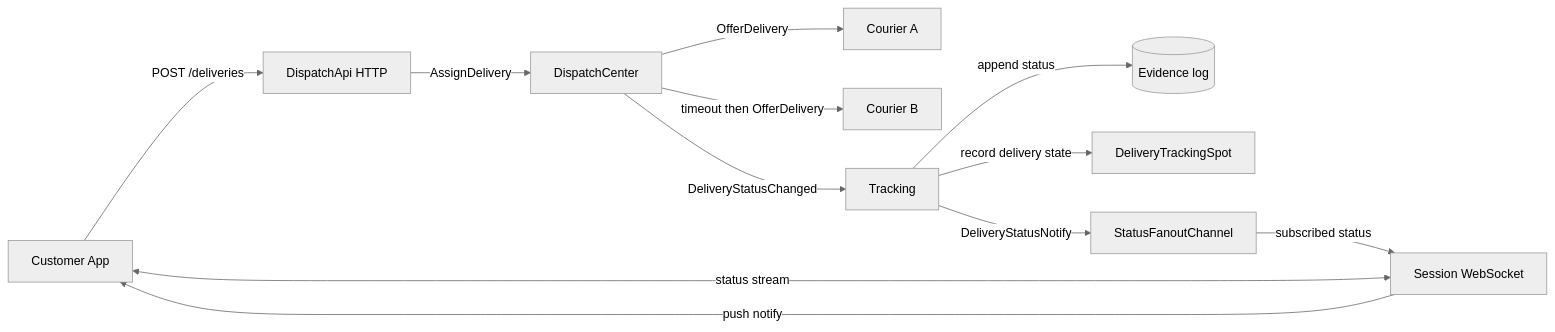
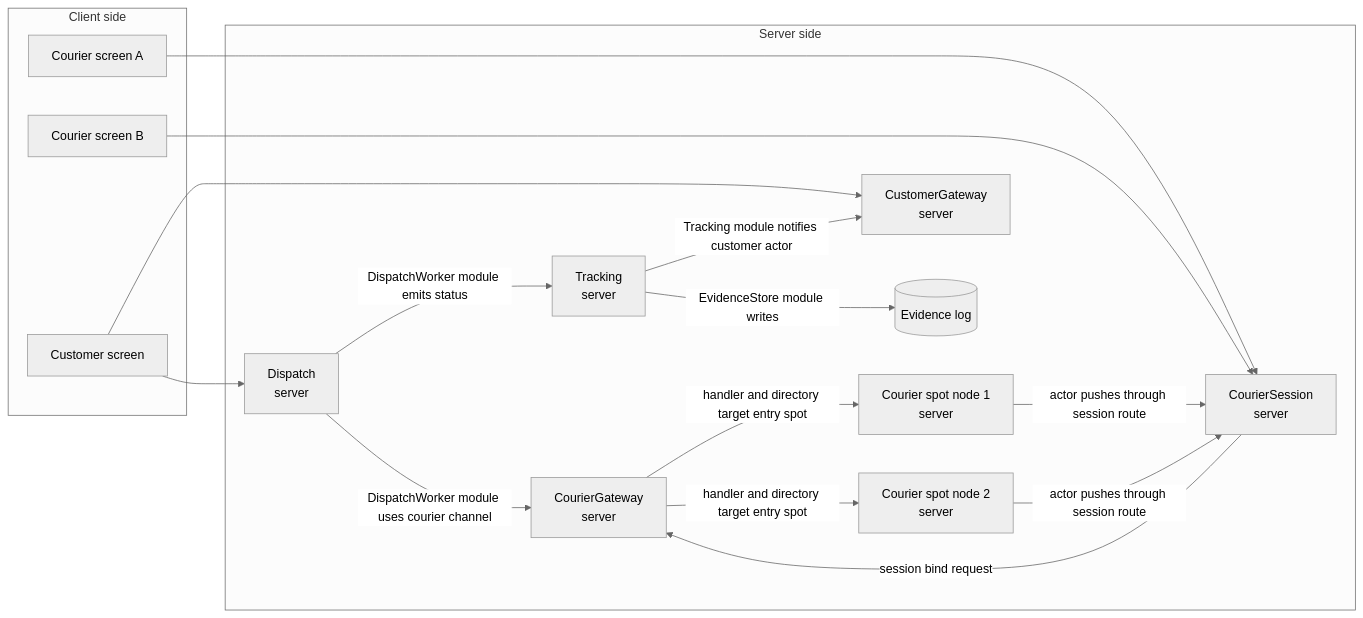
Before and after one commit to kairos-code-dev/zlink: the second of 4 diagrams in framework/languages/dotnet/samples/DeliveryDispatch/README.ko.md, drawn with Mermaid (neutral theme). The commit also changed other lines of this file and 67 other files, not shown here.

Commit message:
Refactor .NET DeliveryDispatch sample

````diff
--- a/framework/languages/dotnet/samples/DeliveryDispatch/README.ko.md
+++ b/framework/languages/dotnet/samples/DeliveryDispatch/README.ko.md
@@ -114,25 +148,36 @@
 ```mermaid
 flowchart LR
-    Customer[Customer App]
-    DispatchApi[DispatchApi HTTP]
-    DispatchCenter[DispatchCenter]
-    CourierA[Courier A]
-    CourierB[Courier B]
-    Tracking[Tracking]
-    StatusFanout[StatusFanoutChannel]
-    Session[Session WebSocket]
-    DeliverySpot[DeliveryTrackingSpot]
-    Evidence[(Evidence log)]
+    subgraph ClientSide[Client side]
+        Customer[Customer screen]
+        CourierClientA[Courier screen A]
+        CourierClientB[Courier screen B]
+    end
 
-    Customer -->|POST /deliveries| DispatchApi
-    Customer <-->|status stream| Session
-    DispatchApi -->|AssignDelivery| DispatchCenter
-    DispatchCenter -->|OfferDelivery| CourierA
-    DispatchCenter -->|timeout then OfferDelivery| CourierB
-    DispatchCenter -->|DeliveryStatusChanged| Tracking
-    Tracking -->|append status| Evidence
-    Tracking -->|record delivery state| DeliverySpot
-    Tracking -->|DeliveryStatusNotify| StatusFanout
-    StatusFanout -->|subscribed status| Session
-    Session -->|push notify| Customer
+    subgraph ServerSide[Server side]
+        DispatchServer["Dispatch<br/>server"]
+        CourierGatewayServer["CourierGateway<br/>server"]
+        CourierSessionServer["CourierSession<br/>server"]
+        CourierSpotServer1["Courier spot node 1<br/>server"]
+        CourierSpotServer2["Courier spot node 2<br/>server"]
+        CustomerGatewayServer["CustomerGateway<br/>server"]
+        TrackingServer["Tracking<br/>server"]
+        Evidence[(Evidence log)]
+    end
+
+    Customer --> DispatchServer
+    Customer --> CustomerGatewayServer
+    CourierClientA --> CourierSessionServer
+    CourierClientB --> CourierSessionServer
+
+    DispatchServer -->|DispatchWorker module uses courier channel| CourierGatewayServer
+    DispatchServer -->|DispatchWorker module emits status| TrackingServer
+
+    CourierGatewayServer -->|handler and directory target entry spot| CourierSpotServer1
+    CourierGatewayServer -->|handler and directory target entry spot| CourierSpotServer2
+    CourierSessionServer -->|session bind request| CourierGatewayServer
+    CourierSpotServer1 -->|actor pushes through session route| CourierSessionServer
+    CourierSpotServer2 -->|actor pushes through session route| CourierSessionServer
+
+    TrackingServer -->|EvidenceStore module writes| Evidence
+    TrackingServer -->|Tracking module notifies customer actor| CustomerGatewayServer
 ```
````
